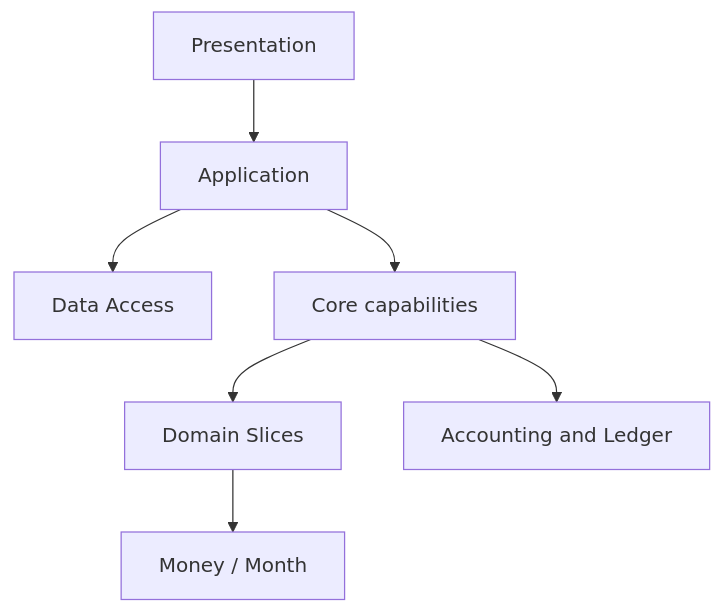
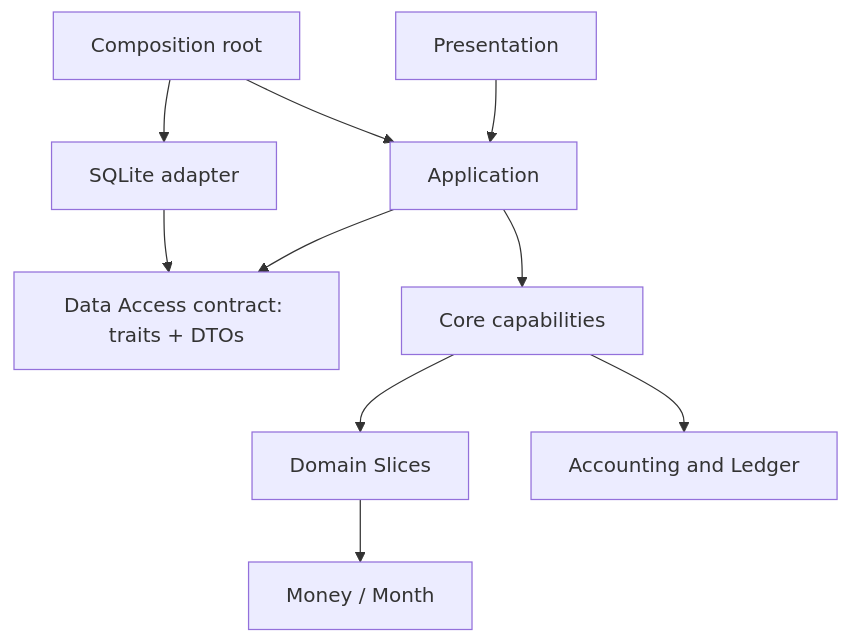
The diagram in docs/architecture.md (bearfighting/property-simulator), drawn with Mermaid before and after one commit. The commit also changed other lines of this file and 32 other files, not shown here.

Commit message:
docs(architecture): record static persistence ports

````diff
--- a/docs/architecture.md
+++ b/docs/architecture.md
@@ -20,9 +21,12 @@
 ```mermaid
 flowchart TD
     UI[Presentation] --> App[Application]
-    App --> Storage[Data Access]
+    App --> Port[Data Access contract: traits + DTOs]
     App --> Core[Core capabilities]
+    Sqlite[SQLite adapter] --> Port
+    Host[Composition root] --> App
+    Host --> Sqlite
     Core --> Slices[Domain Slices]
     Core --> Accounting[Accounting and Ledger]
     Slices --> Values[Money / Month]
 ```
````
